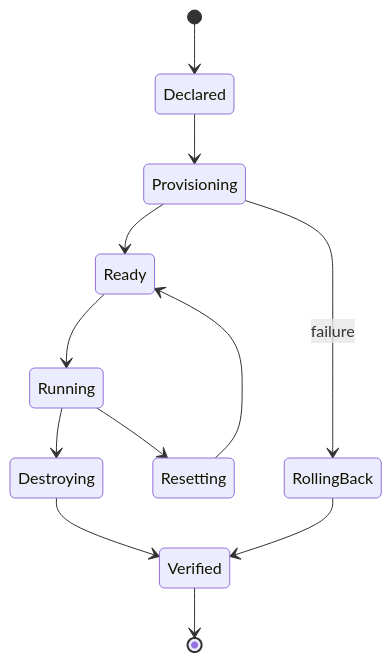
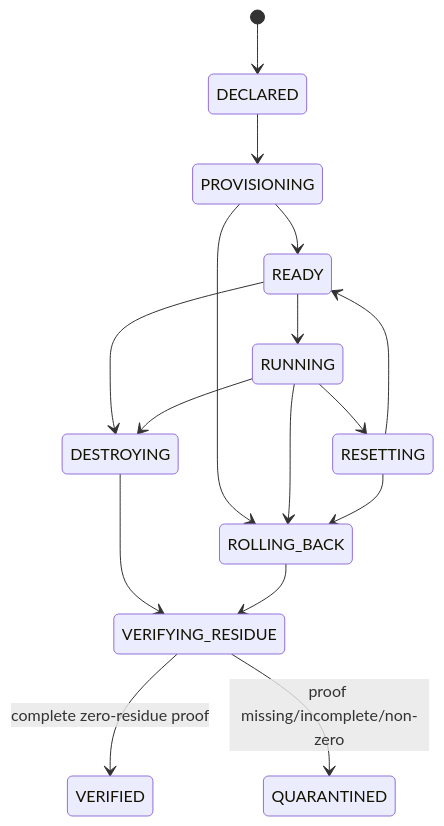
Before and after one commit to pestoura/hermes-security-labs: the diagram in docs/roadmap/epics/EPIC-04-transactional-lifecycle-and-isolation.md, drawn with Mermaid. The commit also changed other lines of this file, not shown here.

````diff
--- a/docs/roadmap/epics/EPIC-04-transactional-lifecycle-and-isolation.md
+++ b/docs/roadmap/epics/EPIC-04-transactional-lifecycle-and-isolation.md
@@ -58,14 +59,18 @@
 ```mermaid
 stateDiagram-v2
-  [*] --> Declared
-  Declared --> Provisioning
-  Provisioning --> Ready
-  Provisioning --> RollingBack: failure
-  Ready --> Running
-  Running --> Resetting
-  Resetting --> Ready
-  Running --> Destroying
-  Destroying --> Verified
-  RollingBack --> Verified
-  Verified --> [*]
+  [*] --> DECLARED
+  DECLARED --> PROVISIONING
+  PROVISIONING --> READY
+  PROVISIONING --> ROLLING_BACK
+  READY --> RUNNING
+  READY --> DESTROYING
+  RUNNING --> RESETTING
+  RUNNING --> DESTROYING
+  RUNNING --> ROLLING_BACK
+  RESETTING --> READY
+  RESETTING --> ROLLING_BACK
+  DESTROYING --> VERIFYING_RESIDUE
+  ROLLING_BACK --> VERIFYING_RESIDUE
+  VERIFYING_RESIDUE --> VERIFIED: complete zero-residue proof
+  VERIFYING_RESIDUE --> QUARANTINED: proof missing/incomplete/non-zero
 ```
````
